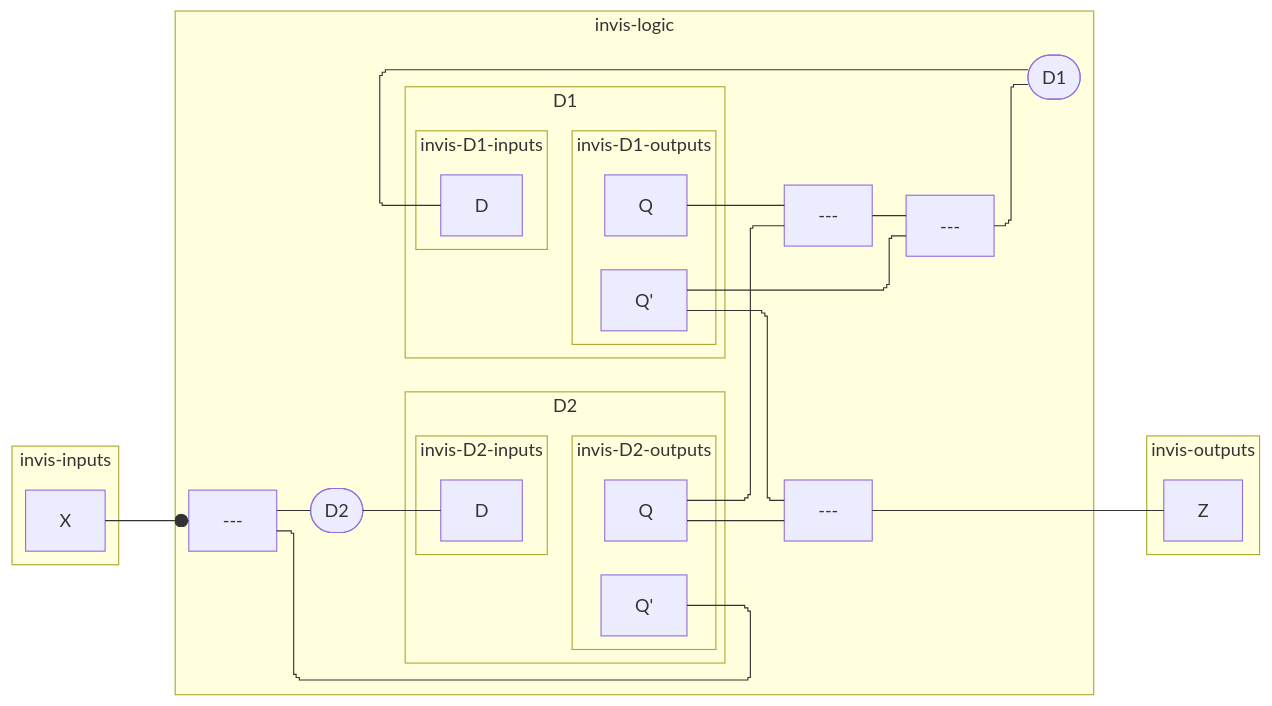
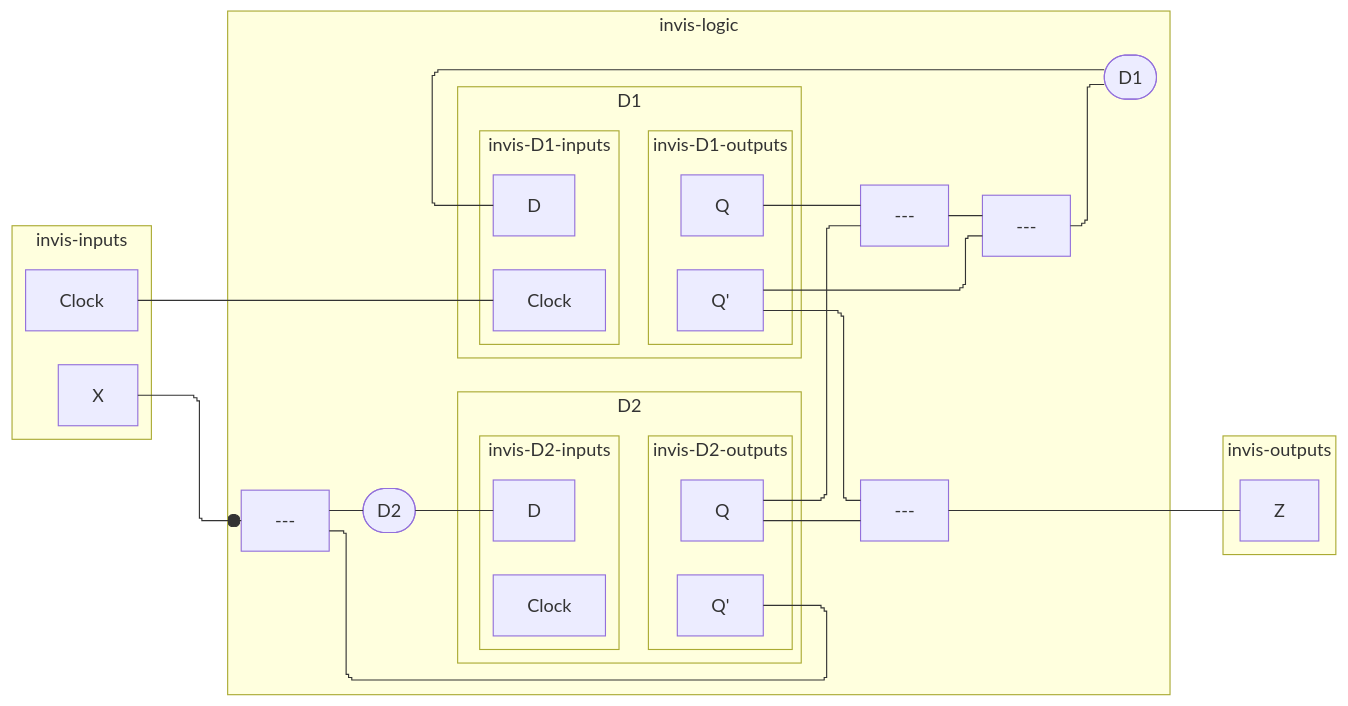
The third of 3 diagrams in CSDS 281 - Logic Design/HW/8/Tables.md (tnichols217/notes), drawn with Mermaid before and after one commit.

Commit message:
vault backup: 2024-04-03 23:17:54

````diff
--- a/CSDS 281 - Logic Design/HW/8/Tables.md
+++ b/CSDS 281 - Logic Design/HW/8/Tables.md
@@ -63,43 +63,47 @@
 ```mermaid
 %%{ init: { 'flowchart': { 'curve': 'stepBefore', "defaultRenderer": "elk" } } }%%
 flowchart LR
 subgraph invis-inputs
 	X
+	Clock
 end
 subgraph invis-logic
 	subgraph D1
 		subgraph invis-D1-inputs
 			D1i[D]
+			D1c[Clock]
 		end
+		Clock --- D1c
 		subgraph invis-D1-outputs
 			Q1[Q]
 			Q1P[Q']
 		end
 		invis-D1-inputs ~~~ invis-D1-outputs
 	end
 	subgraph D2
 		subgraph invis-D2-inputs
 			D2i[D]
+			D2c[Clock]
 		end
 		subgraph invis-D2-outputs
 			Q2[Q]
 			Q2P[Q']
 		end
 		invis-D2-inputs ~~~ invis-D2-outputs
 	end
 	Q1 & Q2 --- and1[---]
 	Q1P & and1 --- or1[---]
 	or1 --- D1ii([D1])
 	D1ii --- D1i
 	Q2P --- and2[---]
 	X ---o and2
 	and2 --- D2ii([D2])
 	D2ii --- D2i
 	Q1P & Q2 --- or2[---]
 end
 subgraph invis-outputs
 	Z
 end
 or2 --- Z
 invis-inputs ~~~ invis-logic ~~~ invis-outputs
 ```
````
